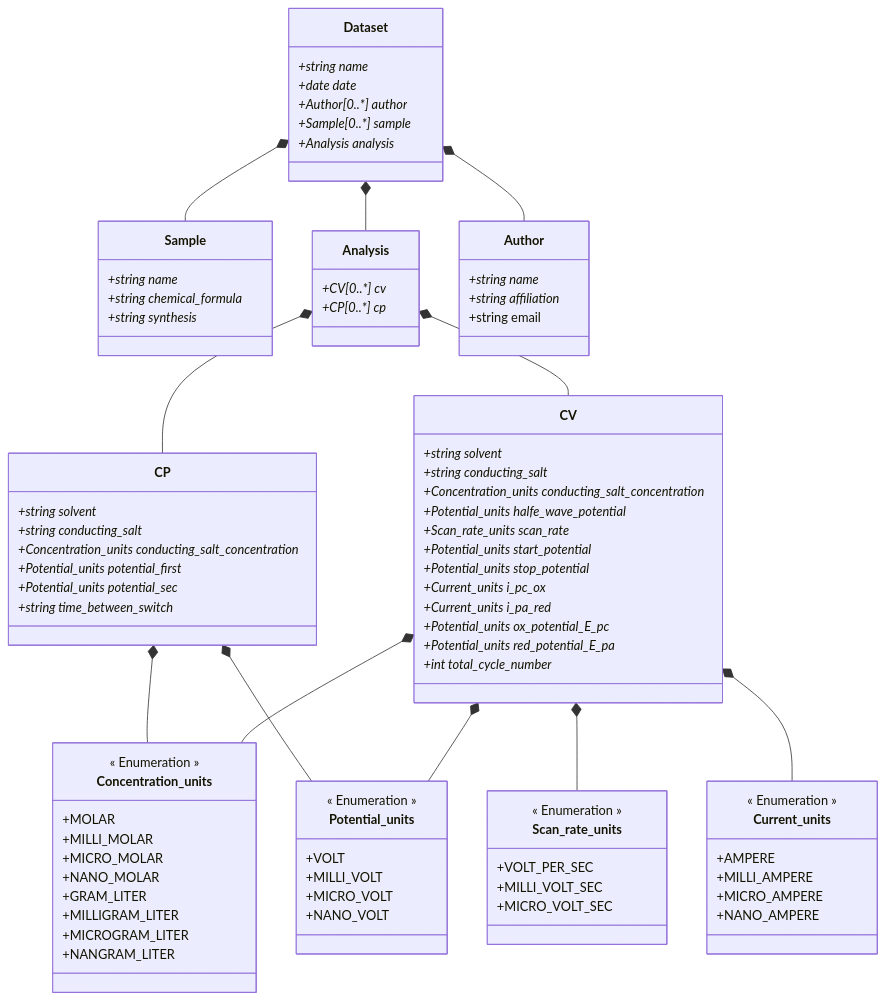
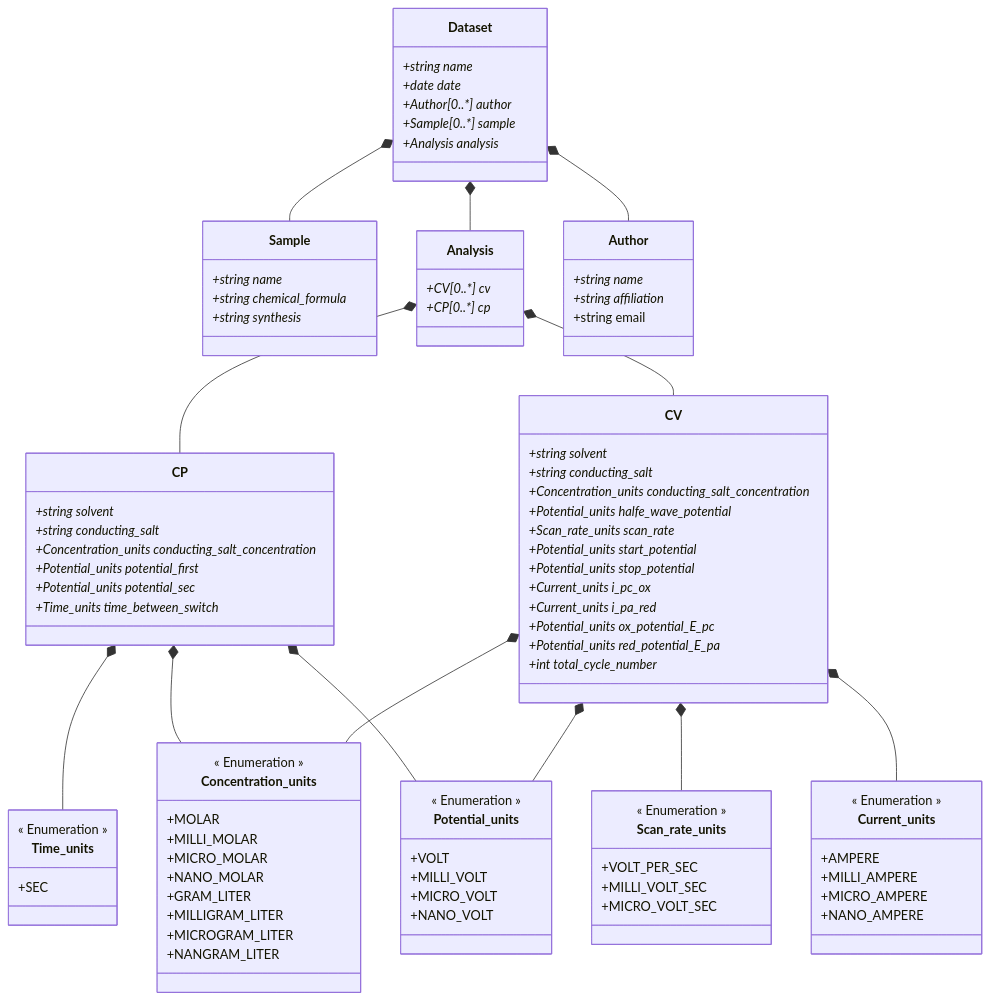
The diagram in ElectrochemistryDataModel/schemes/electrochemistrydatamodel_schema.md (FAIRChemistry/datamodel-electrochemistry), drawn with Mermaid before and after one commit. The commit also changed 9 other files, not shown here.

```diff
--- a/ElectrochemistryDataModel/schemes/electrochemistrydatamodel_schema.md
+++ b/ElectrochemistryDataModel/schemes/electrochemistrydatamodel_schema.md
@@ -5,6 +5,7 @@
     Dataset *-- Author
     Analysis *-- CP
     Analysis *-- CV
+    CP *-- Time_units
     CP *-- Concentration_units
     CP *-- Potential_units
     CV *-- Concentration_units
@@ -37,7 +38,7 @@
         +Concentration_units conducting_salt_concentration*
         +Potential_units potential_first*
         +Potential_units potential_sec*
-        +string time_between_switch*
+        +Time_units time_between_switch*
     }
     
     class CV {
@@ -59,6 +60,11 @@
         +string name*
         +string affiliation*
         +string email
+    }
+    
+    class Time_units {
+        << Enumeration >>
+        +SEC
     }
     
     class Concentration_units {
```
